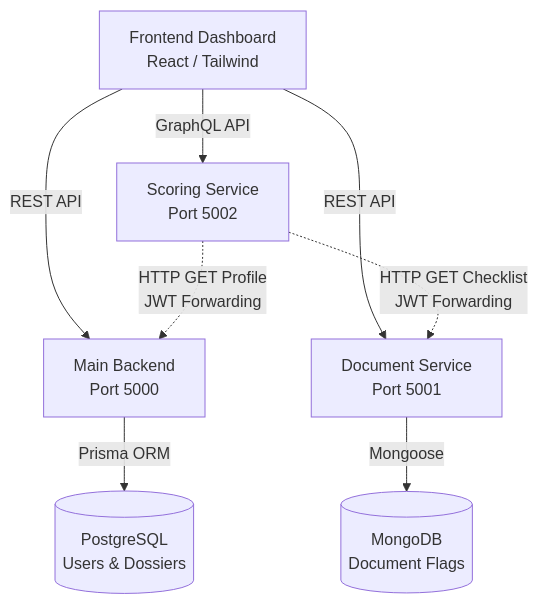
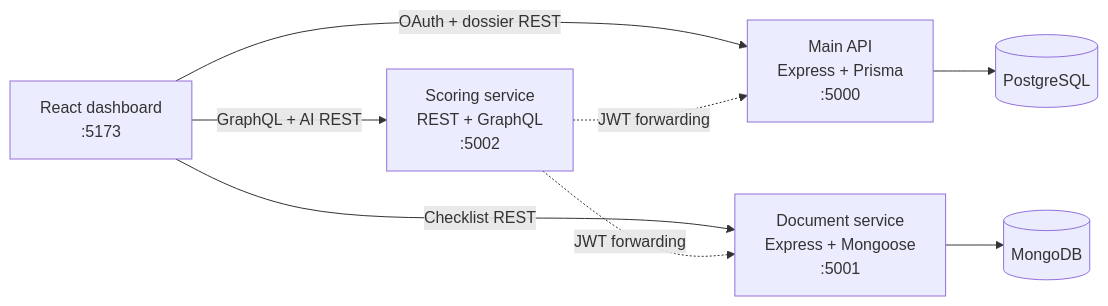
One commit to Selim-Abouleila/RentTitan changed the diagram in README.md. Above: the diagram before and after it, drawn with Mermaid. The commit also changed other lines of this file, not shown here.

````diff
--- a/README.md
+++ b/README.md
@@ -13,15 +71,17 @@
 ```mermaid
-graph TD
-    %% Frontend Connections
-    UI[Frontend Dashboard<br>React / Tailwind] -->|REST API| Main[Main Backend<br>Port 5000]
-    UI -->|REST API| Doc[Document Service<br>Port 5001]
-    UI -->|GraphQL API| Score[Scoring Service<br>Port 5002]
-    
-    %% Databases
-    Main -->|Prisma ORM| PG[(PostgreSQL<br>Users & Dossiers)]
-    Doc -->|Mongoose| Mongo[(MongoDB<br>Document Flags)]
-    
-    %% Microservice Inter-Communication (Token Forwarding)
-    Score -.->|HTTP GET Profile<br>JWT Forwarding| Main
-    Score -.->|HTTP GET Checklist<br>JWT Forwarding| Doc
+flowchart LR
+    UI["React dashboard<br/>:5173"]
+    API["Main API<br/>Express + Prisma<br/>:5000"]
+    DOC["Document service<br/>Express + Mongoose<br/>:5001"]
+    SCORE["Scoring service<br/>REST + GraphQL<br/>:5002"]
+    PG[(PostgreSQL)]
+    MONGO[(MongoDB)]
+
+    UI -->|OAuth + dossier REST| API
+    UI -->|Checklist REST| DOC
+    UI -->|GraphQL + AI REST| SCORE
+    API --> PG
+    DOC --> MONGO
+    SCORE -.->|JWT forwarding| API
+    SCORE -.->|JWT forwarding| DOC
 ```
````
